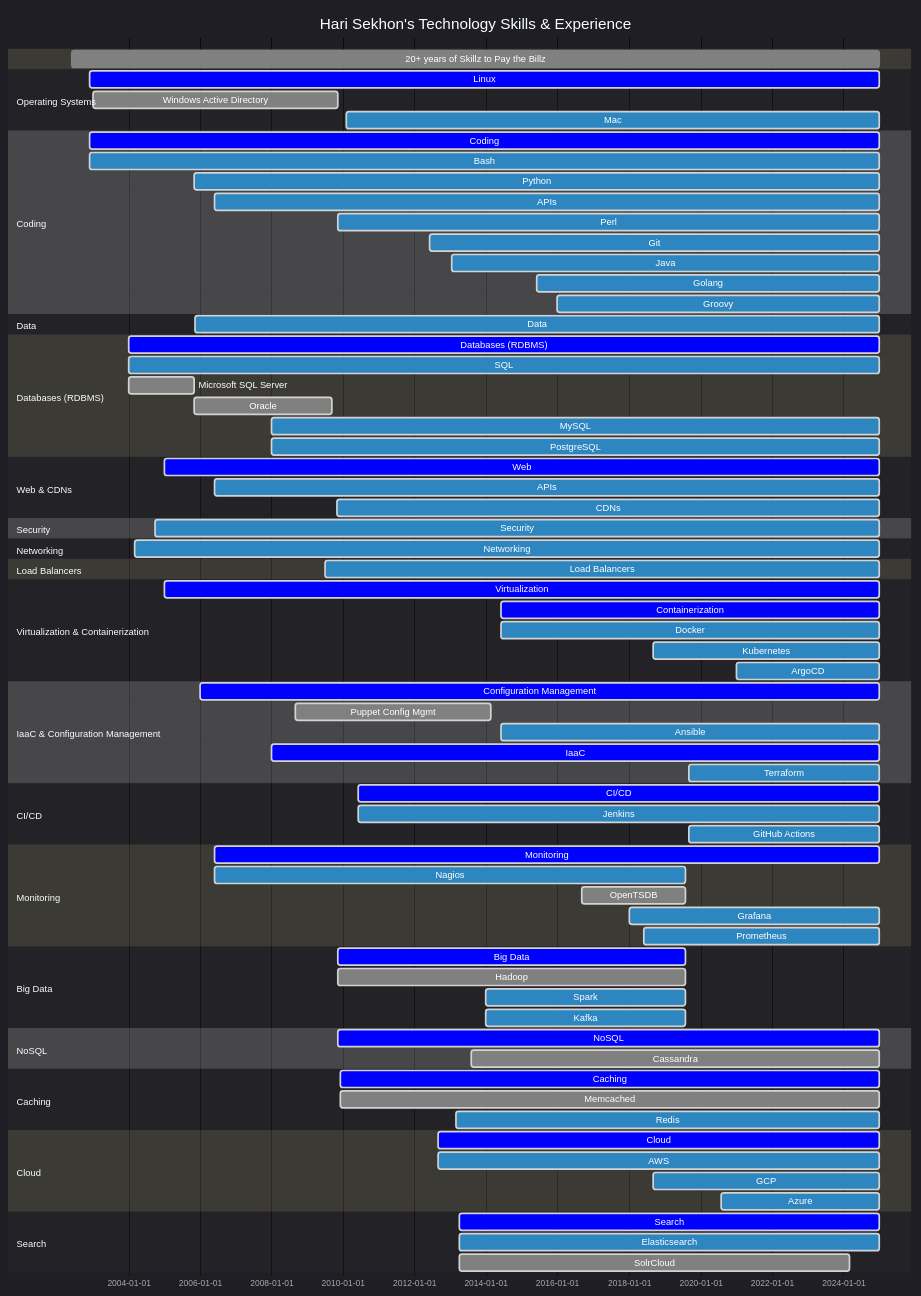
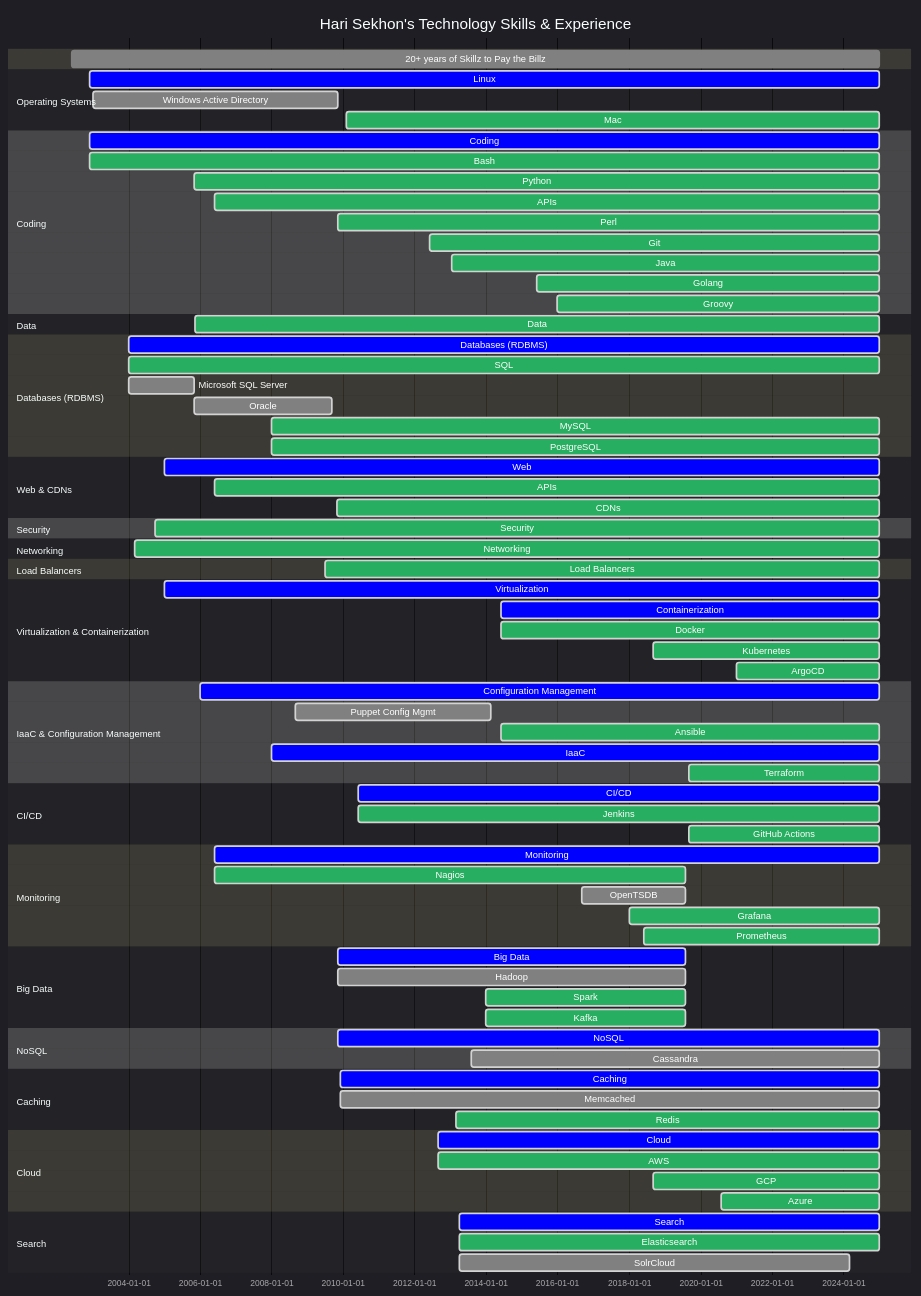
Before and after one commit to HariSekhon/HariSekhon: the diagram in README.md, drawn with Mermaid.

```diff
--- a/README.md
+++ b/README.md
@@ -285,7 +285,7 @@
         "logLevel": "debug",
         'theme': 'dark',
         'themeVariables': {
-          'activeTaskBkgColor': '#2e86c1',
+          'activeTaskBkgColor': '#27ae60',
           'activeTaskBorderColor': 'lightgrey',
           'critBkgColor': 'blue',
           'critBorderColor': 'lightgrey',
```
